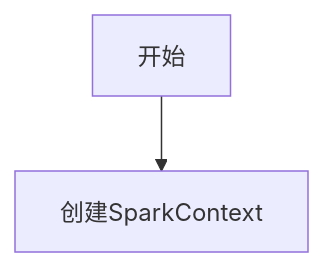
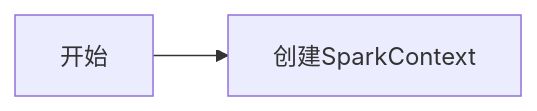
Before and after one commit to panladen/gitbook: the diagram in 2-run architecture.md, drawn with Mermaid. The commit also changed other lines of this file, not shown here.

Commit message:
Updates 2-run architecture.md
Auto commit by GitBook Editor

````diff
--- a/2-run architecture.md
+++ b/2-run architecture.md
@@ -83,4 +84,4 @@
 ```{mermaid}
-graph TD
+graph LR
   开始-->创建SparkContext  
 ```
````
